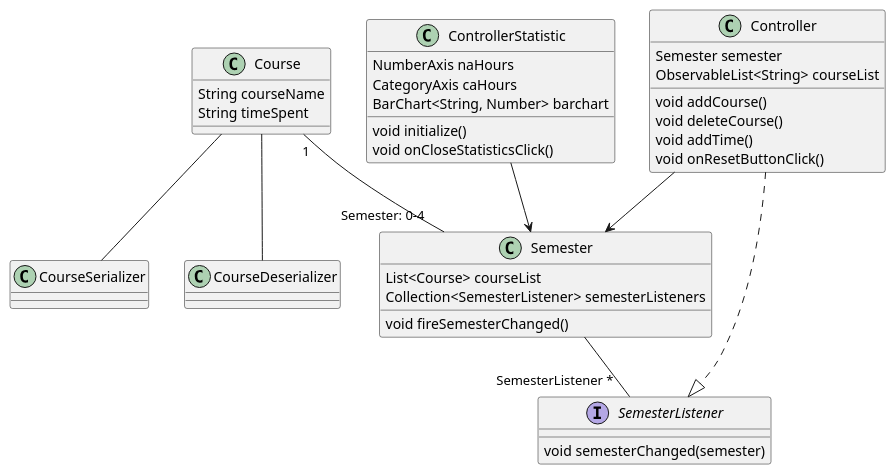
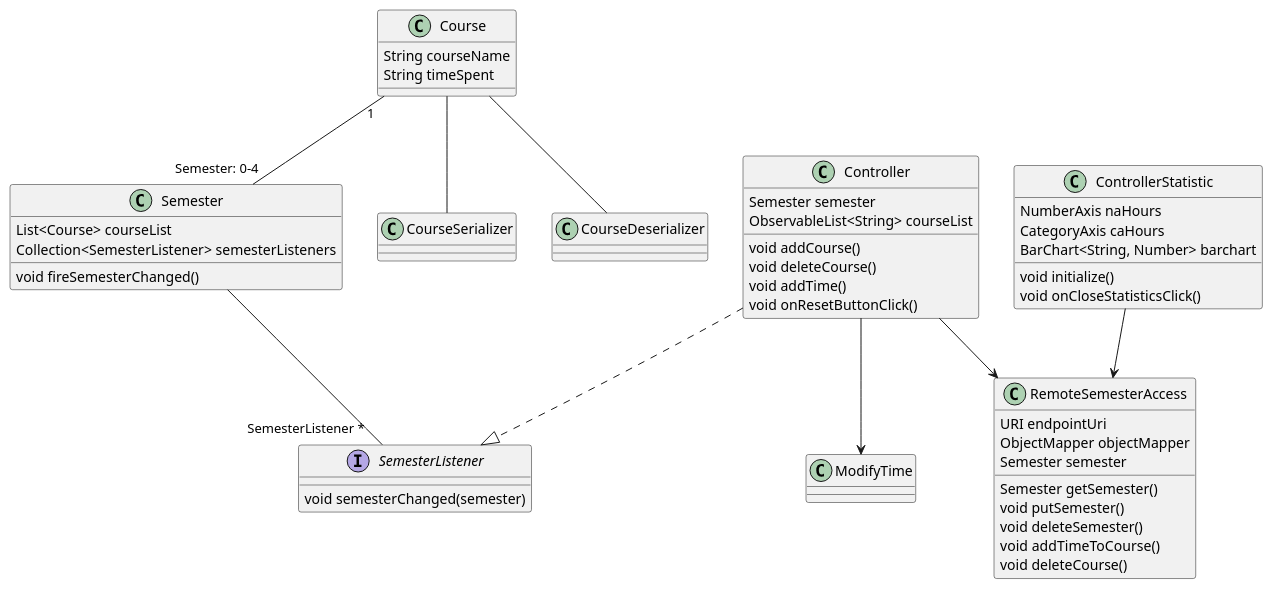
Before and after one commit to bmksimons/studytracker: the second of 4 diagrams in IT1901/README.md, drawn with PlantUML.

````diff
--- a/IT1901/README.md
+++ b/IT1901/README.md
@@ -104,40 +104,51 @@
 ```plantuml
 @startuml
 interface SemesterListener
 class Course
 class Semester
 class CourseSerializer
 class CourseDeserializer
 class Controller
 class ControllerStatistic
+class RemoteSemesterAccess
+class ModifyTime
 
 Course "1" -- "Semester: 0-4" Semester
 Controller ..|> SemesterListener
 Semester -- "SemesterListener *" SemesterListener
 Course -- CourseSerializer
 Course -- CourseDeserializer
-Controller --> Semester
-ControllerStatistic --> Semester
+Controller --> RemoteSemesterAccess
+ControllerStatistic --> RemoteSemesterAccess
+Controller --> ModifyTime
 
 Course : String courseName
 Course : String timeSpent
 Semester : List<Course> courseList
 Semester : Collection<SemesterListener> semesterListeners
 Semester : void fireSemesterChanged()
 SemesterListener : void semesterChanged(semester)
 Controller : Semester semester
 Controller : ObservableList<String> courseList
 Controller : void addCourse()
 Controller : void deleteCourse()
 Controller : void addTime()
 Controller : void onResetButtonClick()
 ControllerStatistic : NumberAxis naHours
 ControllerStatistic : CategoryAxis caHours
 ControllerStatistic : BarChart<String, Number> barchart
 ControllerStatistic : void initialize()
 ControllerStatistic : void onCloseStatisticsClick()
+RemoteSemesterAccess : URI endpointUri
+RemoteSemesterAccess : ObjectMapper objectMapper
+RemoteSemesterAccess : Semester semester
+RemoteSemesterAccess : Semester getSemester()
+RemoteSemesterAccess : void putSemester()
+RemoteSemesterAccess : void deleteSemester()
+RemoteSemesterAccess : void addTimeToCourse()
+RemoteSemesterAccess : void deleteCourse()
 
 
 
 @enduml
 ```
````
